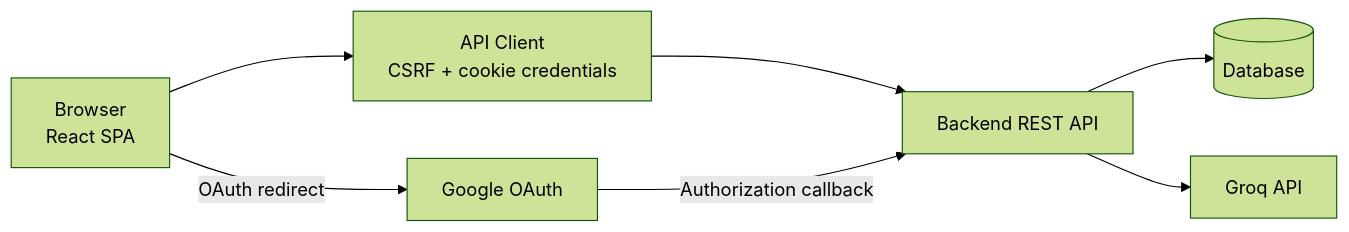
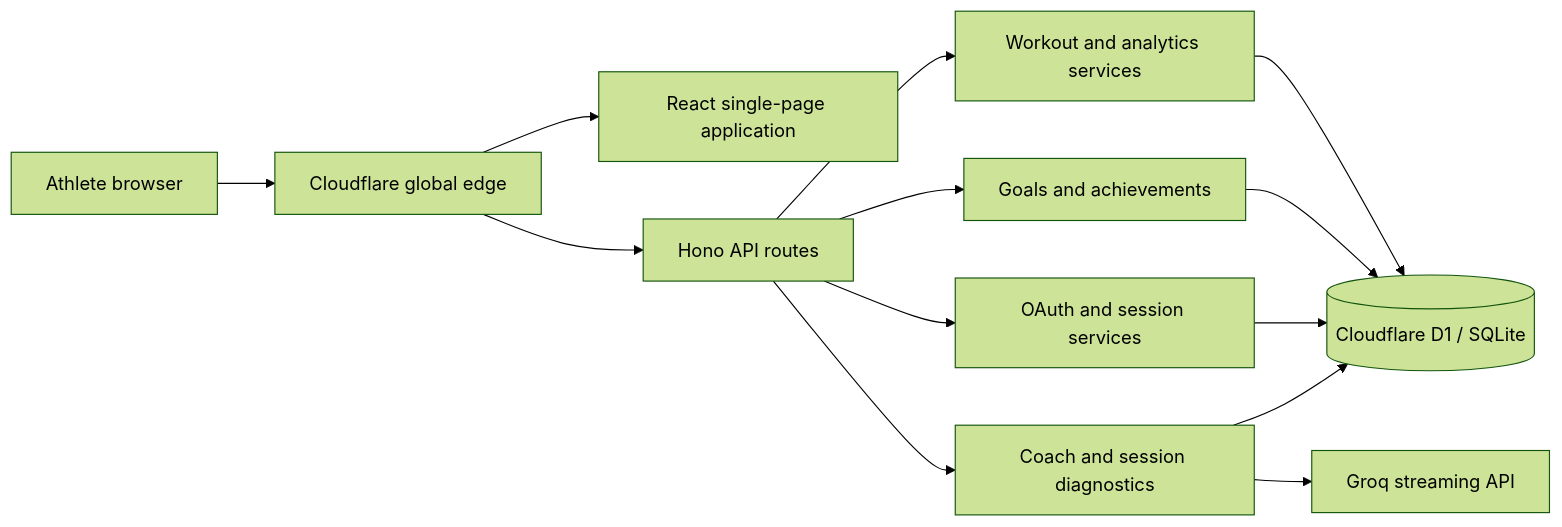
The first of 2 diagrams in README.md (chetanaybuilder/RepForge), drawn with Mermaid (forest theme) before and after one commit. The commit also changed other lines of this file, not shown here.

````diff
--- a/README.md
+++ b/README.md
@@ -144,16 +161,15 @@
 ```mermaid
 flowchart LR
-    Browser["Browser<br/>React SPA"]
-    Client["API Client<br/>CSRF + cookie credentials"]
-    API["Backend REST API"]
-    DB[(Database)]
-    Groq["Groq API"]
-    Google["Google OAuth"]
-
-    Browser --> Client
-    Client --> API
-    API --> DB
-    API --> Groq
-    Browser -->|OAuth redirect| Google
-    Google -->|Authorization callback| API
+    User["Athlete browser"] --> Edge["Cloudflare global edge"]
+    Edge --> SPA["React single-page application"]
+    Edge --> API["Hono API routes"]
+    API --> Auth["OAuth and session services"]
+    API --> Workouts["Workout and analytics services"]
+    API --> Goals["Goals and achievements"]
+    API --> Coach["Coach and session diagnostics"]
+    Workouts --> D1[(Cloudflare D1 / SQLite)]
+    Goals --> D1
+    Auth --> D1
+    Coach --> Groq["Groq streaming API"]
+    Coach --> D1
 ```
````
